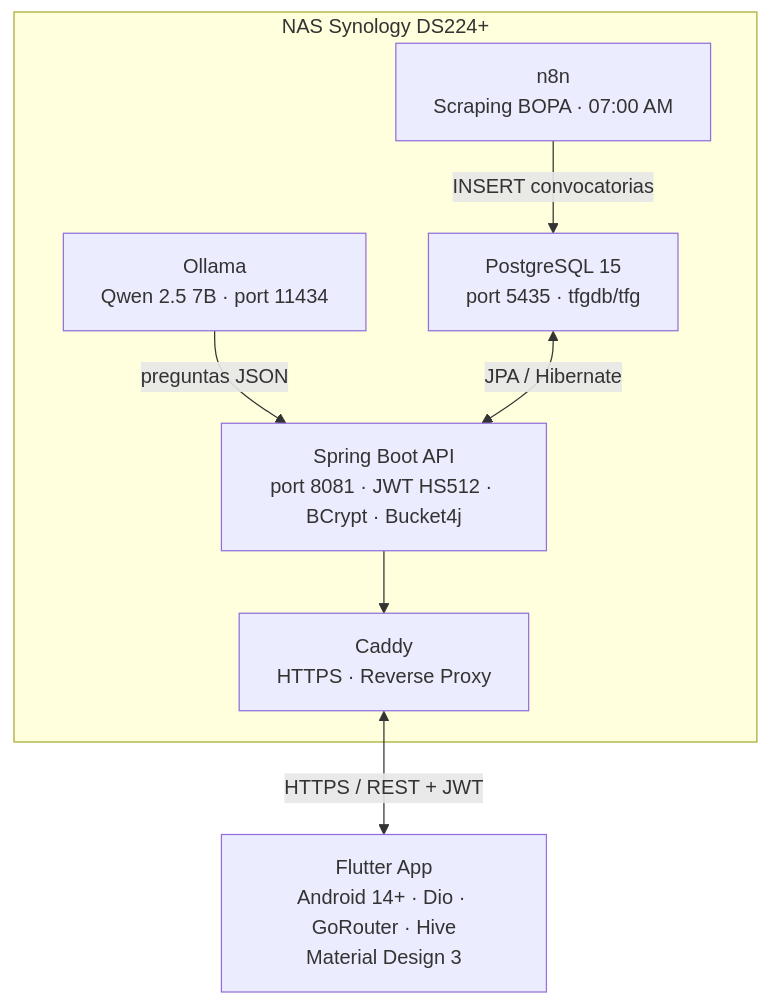
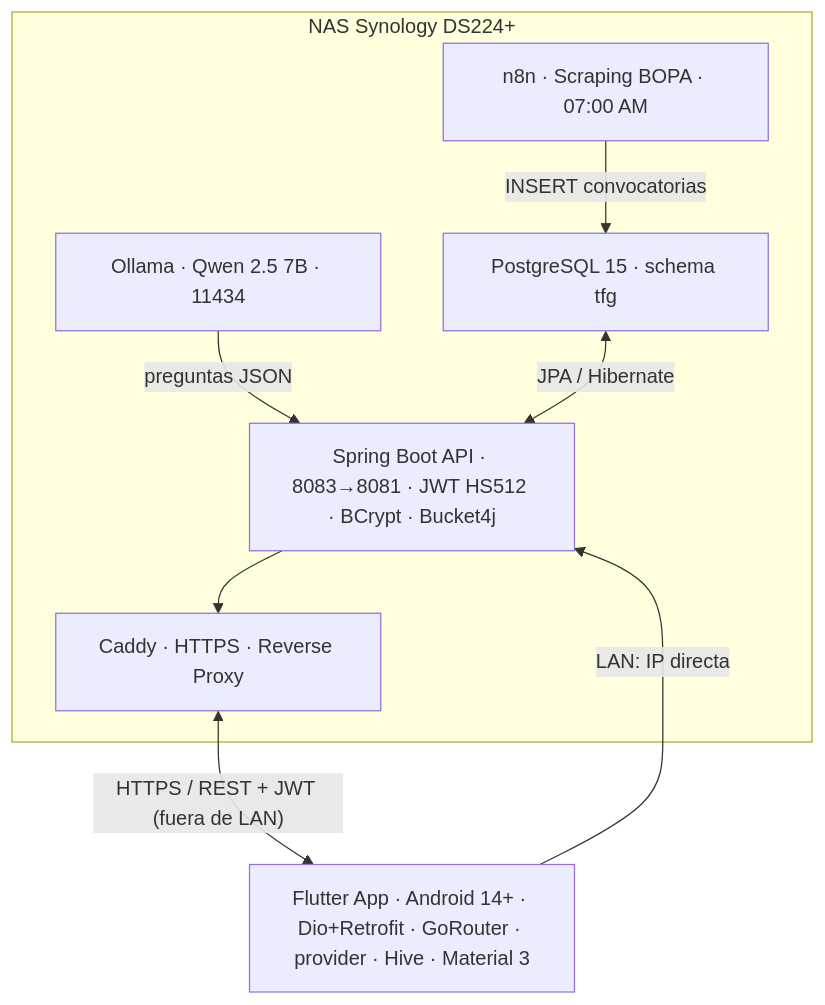
One commit to IvanjonasFC/OposApp changed the diagram in README.md. Above: the diagram before and after it, drawn with Mermaid. The commit also changed other lines of this file, not shown here.

````diff
--- a/README.md
+++ b/README.md
@@ -25,19 +30,20 @@
 ```mermaid
 graph TD
     subgraph NAS [" NAS Synology DS224+"]
-        PG[" PostgreSQL 15\nport 5435 · tfgdb/tfg"]
-        N8N[" n8n\nScraping BOPA · 07:00 AM"]
-        OL[" Ollama\nQwen 2.5 7B · port 11434"]
-        SB[" Spring Boot API\nport 8081 · JWT HS512 · BCrypt · Bucket4j"]
-        CD[" Caddy\nHTTPS · Reverse Proxy"]
+        PG[" PostgreSQL 15 · schema tfg"]
+        N8N[" n8n · Scraping BOPA · 07:00 AM"]
+        OL[" Ollama · Qwen 2.5 7B · 11434"]
+        SB[" Spring Boot API · 8083→8081 · JWT HS512 · BCrypt · Bucket4j"]
+        CD[" Caddy · HTTPS · Reverse Proxy"]
 
         N8N -->|"INSERT convocatorias"| PG
         OL -->|"preguntas JSON"| SB
         PG <-->|"JPA / Hibernate"| SB
         SB --> CD
     end
 
-    FL[" Flutter App\nAndroid 14+ · Dio · GoRouter · Hive\nMaterial Design 3"]
+    FL[" Flutter App · Android 14+ · Dio+Retrofit · GoRouter · provider · Hive · Material 3"]
 
-    CD <-->|"HTTPS / REST + JWT"| FL
+    FL -->|"LAN: IP directa"| SB
+    CD <-->|"HTTPS / REST + JWT (fuera de LAN)"| FL
 ```
````
